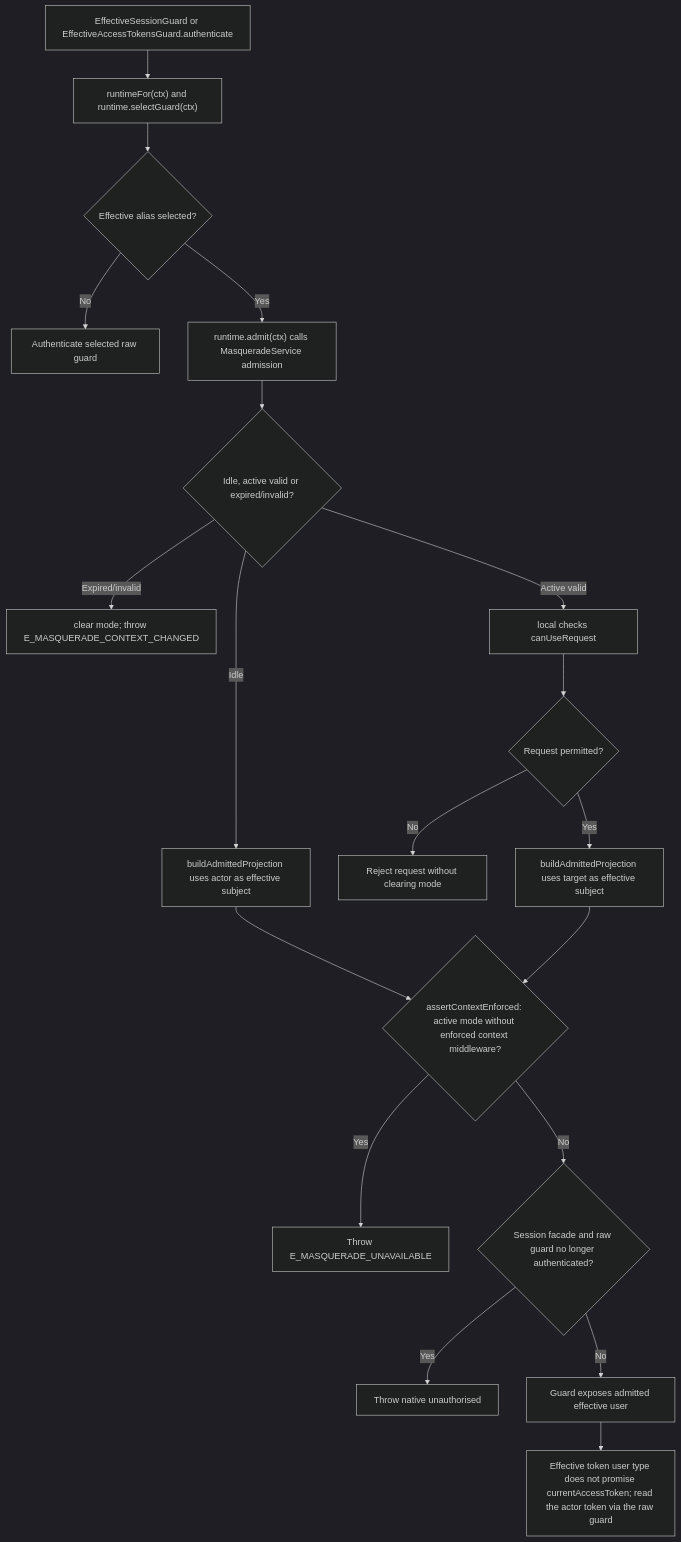
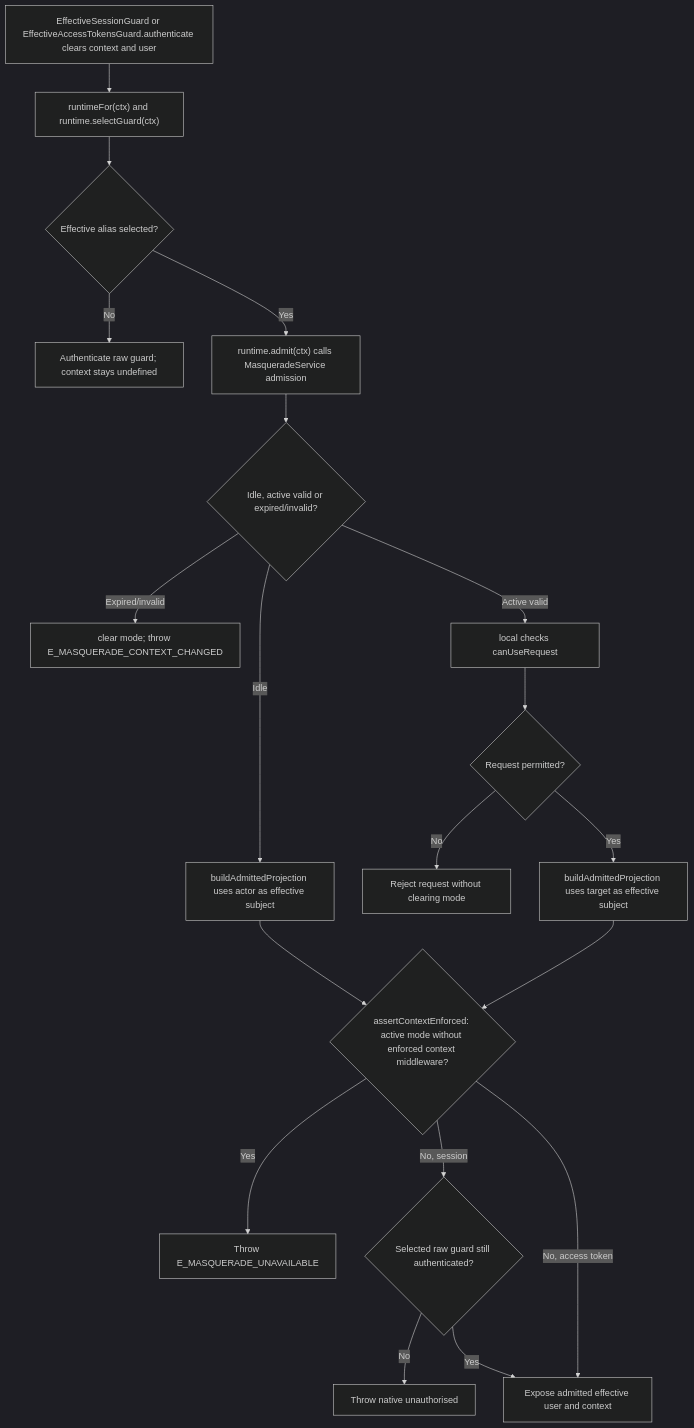
Before and after one commit to Kevinjohn/oss-adonisjs-masquerade: the second of 2 diagrams in user-stories/view-effective-account/us-actor-02-view-effective-account.md, drawn with Mermaid (dark theme). The commit also changed other lines of this file and 20 other files, not shown here.

````diff
--- a/user-stories/view-effective-account/us-actor-02-view-effective-account.md
+++ b/user-stories/view-effective-account/us-actor-02-view-effective-account.md
@@ -39,21 +40,21 @@
 ```mermaid
 flowchart TD
-    A["EffectiveSessionGuard or EffectiveAccessTokensGuard.authenticate"] --> B["runtimeFor(ctx) and runtime.selectGuard(ctx)"]
+    A["EffectiveSessionGuard or EffectiveAccessTokensGuard.authenticate clears context and user"] --> B["runtimeFor(ctx) and runtime.selectGuard(ctx)"]
     B --> C{"Effective alias selected?"}
-    C -->|No| D["Authenticate selected raw guard"]
+    C -->|No| D["Authenticate raw guard; context stays undefined"]
     C -->|Yes| E["runtime.admit(ctx) calls MasqueradeService admission"]
     E --> F{"Idle, active valid or expired/invalid?"}
     F -->|Idle| G["buildAdmittedProjection uses actor as effective subject"]
     F -->|Expired/invalid| H["clear mode; throw E_MASQUERADE_CONTEXT_CHANGED"]
     F -->|Active valid| I["local checks canUseRequest"]
     I --> J{"Request permitted?"}
     J -->|No| K["Reject request without clearing mode"]
     J -->|Yes| L["buildAdmittedProjection uses target as effective subject"]
     G --> E2{"assertContextEnforced: active mode without enforced context middleware?"}
     L --> E2
     E2 -->|Yes| Z["Throw E_MASQUERADE_UNAVAILABLE"]
-    E2 -->|No| P{"Session facade and raw guard no longer authenticated?"}
-    P -->|Yes| W["Throw native unauthorised"]
-    P -->|No| M["Guard exposes admitted effective user"]
-    M --> N["Effective token user type does not promise currentAccessToken; read the actor token via the raw guard"]
+    E2 -->|No, session| P{"Selected raw guard still authenticated?"}
+    P -->|No| W["Throw native unauthorised"]
+    P -->|Yes| M["Expose admitted effective user and context"]
+    E2 -->|No, access token| M
 ```
````
